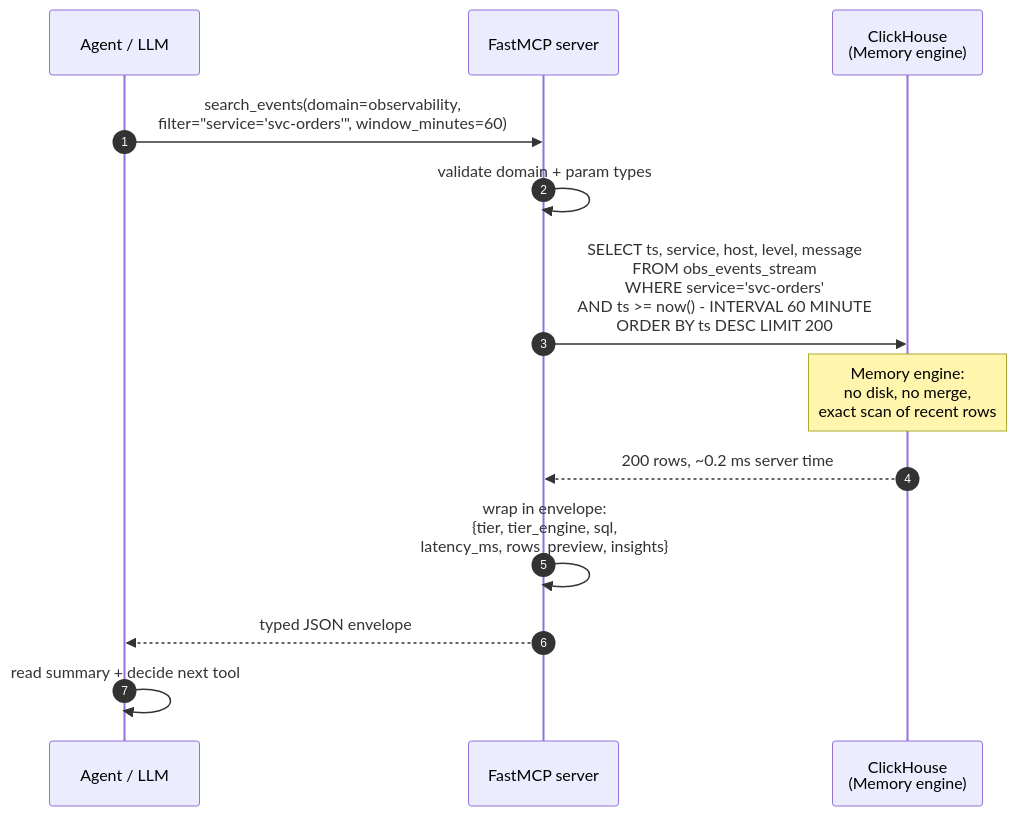
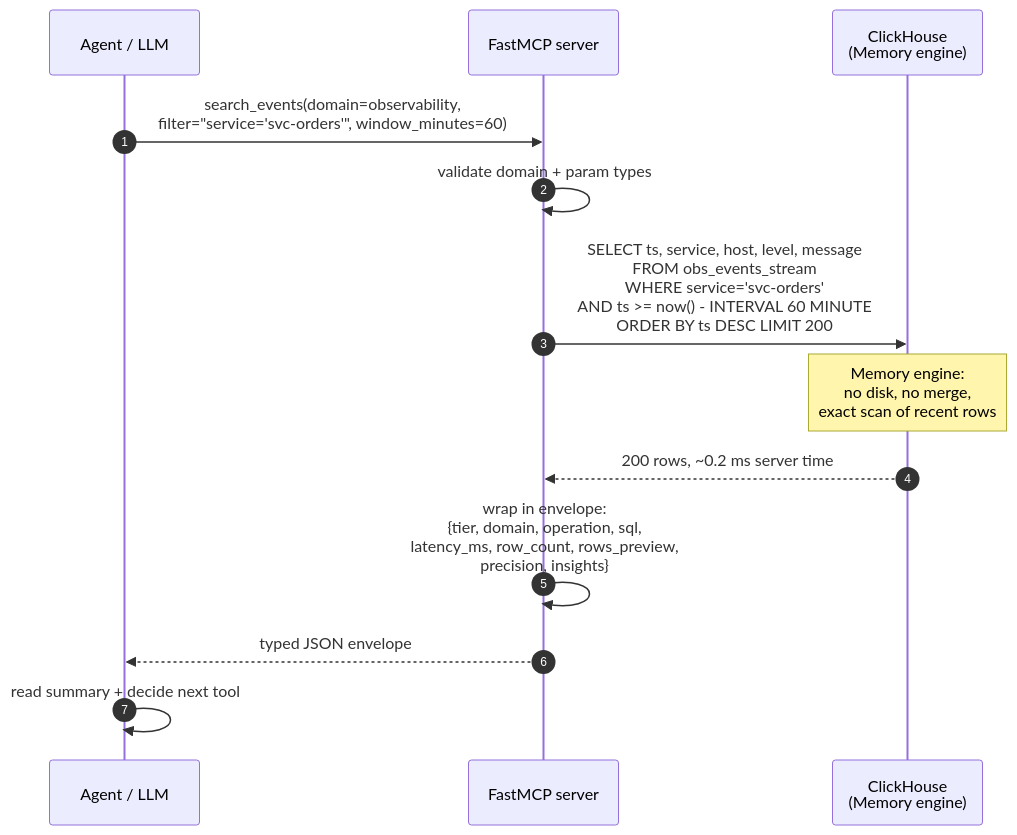
Before and after one commit to ClickHouse/clickhouse-agent-memory: the third of 8 diagrams in README.md, drawn with Mermaid. The commit also changed other lines of this file and 15 other files, not shown here.

````diff
--- a/README.md
+++ b/README.md
@@ -170,16 +170,16 @@
 ```mermaid
 sequenceDiagram
     autonumber
     participant Agent as Agent / LLM
     participant MCP as FastMCP server
     participant CH as ClickHouse<br/>(Memory engine)
 
     Agent->>MCP: search_events(domain=observability,<br/>filter="service='svc-orders'", window_minutes=60)
     MCP->>MCP: validate domain + param types
     MCP->>CH: SELECT ts, service, host, level, message<br/>FROM obs_events_stream<br/>WHERE service='svc-orders'<br/>  AND ts >= now() - INTERVAL 60 MINUTE<br/>ORDER BY ts DESC LIMIT 200
     Note over CH: Memory engine:<br/>no disk, no merge,<br/>exact scan of recent rows
     CH-->>MCP: 200 rows, ~0.2 ms server time
-    MCP->>MCP: wrap in envelope:<br/>{tier, tier_engine, sql,<br/> latency_ms, rows_preview, insights}
+    MCP->>MCP: wrap in envelope:<br/>{tier, domain, operation, sql,<br/> latency_ms, row_count, rows_preview,<br/> precision, insights}
     MCP-->>Agent: typed JSON envelope
     Agent->>Agent: read summary + decide next tool
 ```
````
